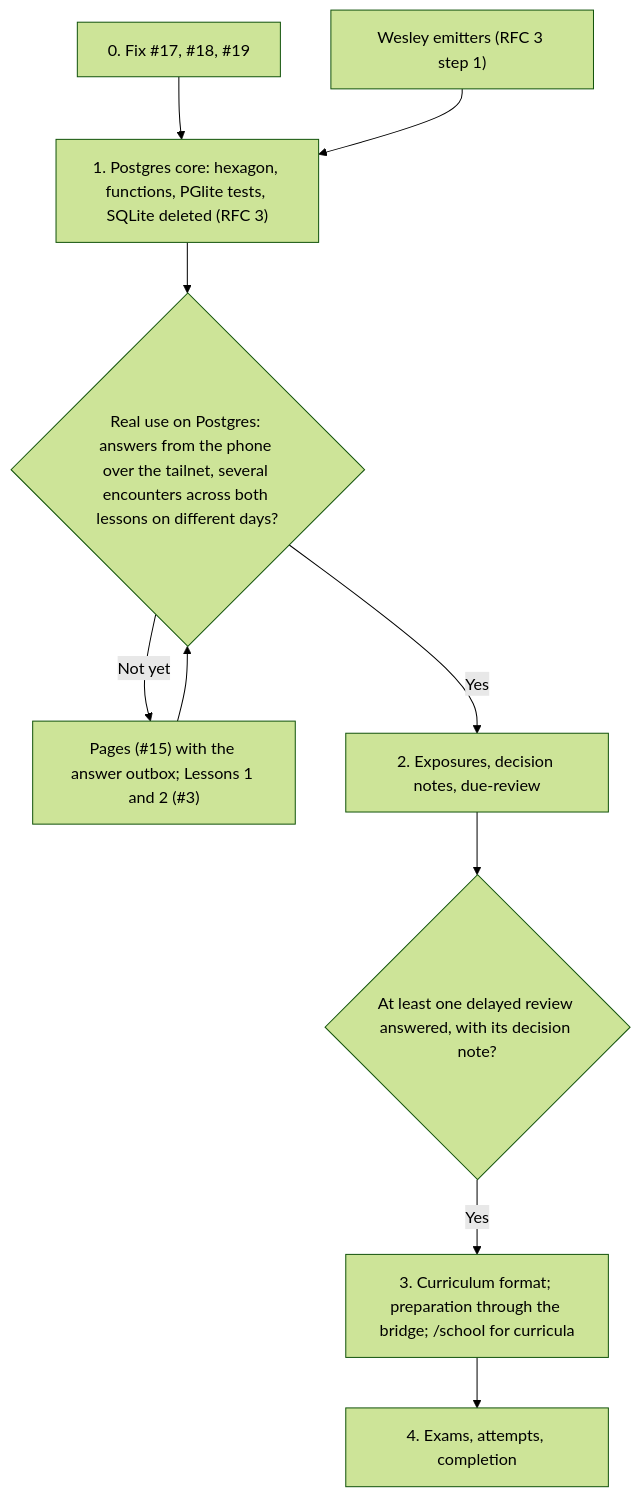
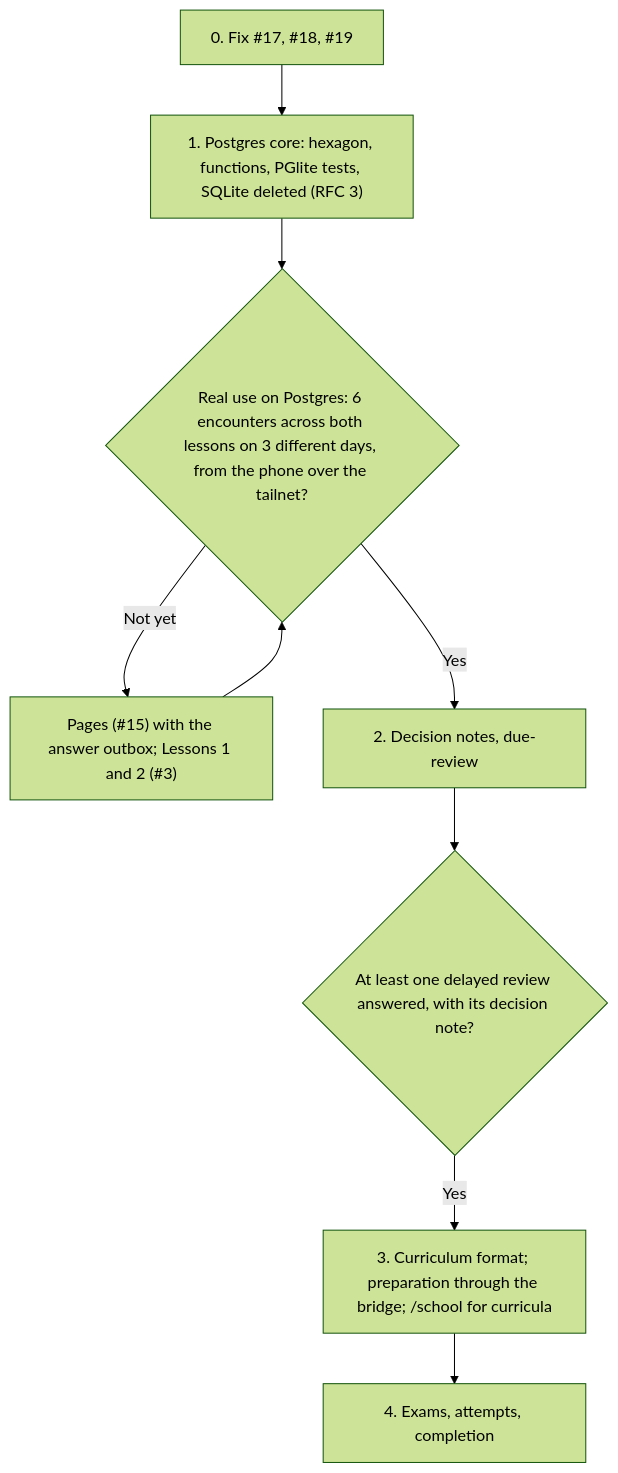
One commit to flyingrobots/school changed the sixth of 6 diagrams in docs/rfc/0002-lessons-written-for-each-learner.md. Above: the diagram before and after it, drawn with Mermaid (forest theme). The commit also changed other lines of this file and 3 other files, not shown here.

First line of the commit message:
Answer the second review round: RFC 2 v0.3.0, RFC 3 v0.4.0, RFC 1 r15

````diff
--- a/docs/rfc/0002-lessons-written-for-each-learner.md
+++ b/docs/rfc/0002-lessons-written-for-each-learner.md
@@ -354,12 +401,11 @@
 ```mermaid
 flowchart TD
     fix["0. Fix #17, #18, #19"] --> core["1. Postgres core: hexagon, functions, PGlite tests, SQLite deleted (RFC 3)"]
-    wesley["Wesley emitters (RFC 3 step 1)"] --> core
     pages["Pages (#15) with the answer outbox; Lessons 1 and 2 (#3)"] --> gate1
-    core --> gate1{"Real use on Postgres: answers from the phone over the tailnet, several encounters across both lessons on different days?"}
+    core --> gate1{"Real use on Postgres: 6 encounters across both lessons on 3 different days, from the phone over the tailnet?"}
     gate1 -- "Not yet" --> pages
-    gate1 -- "Yes" --> review["2. Exposures, decision notes, due-review"]
+    gate1 -- "Yes" --> review["2. Decision notes, due-review"]
     review --> gate2{"At least one delayed review answered, with its decision note?"}
     gate2 -- "Yes" --> curriculum["3. Curriculum format; preparation through the bridge; /school for curricula"]
     curriculum --> exams["4. Exams, attempts, completion"]
 ```
````
